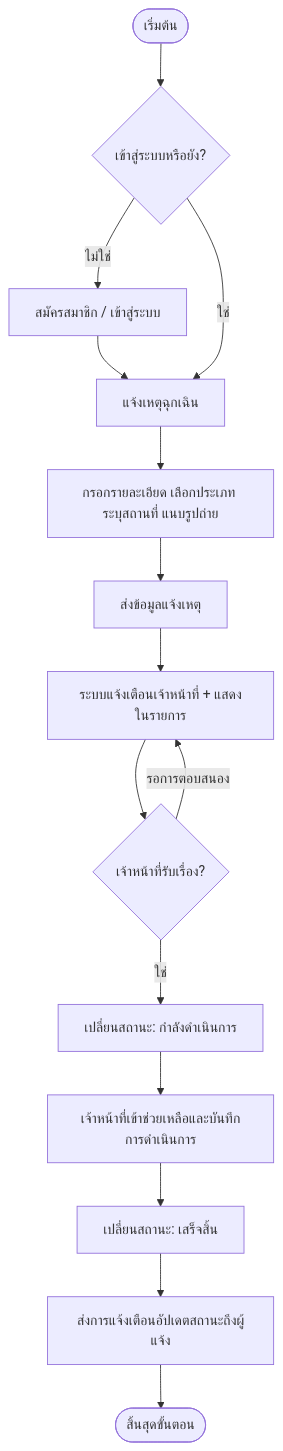
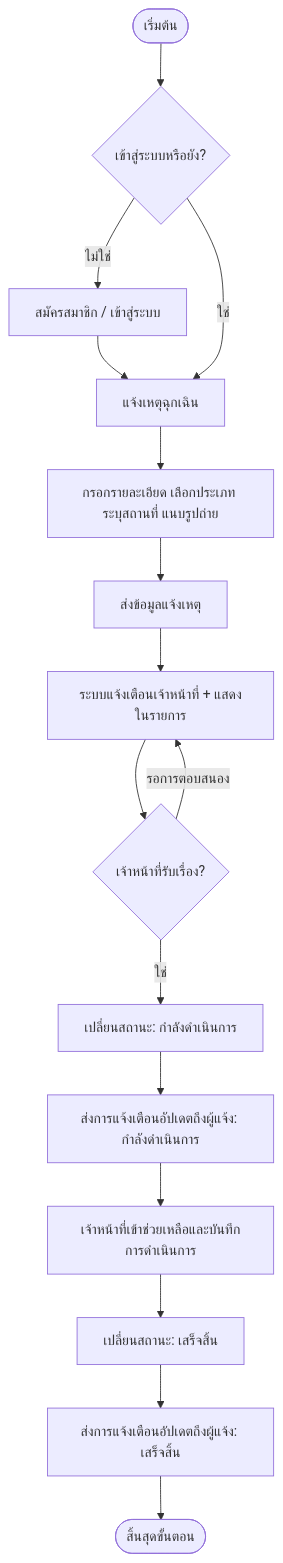
One commit to PATHAPHON/cis_help_me_please changed the first of 2 diagrams in design-docs/flowchart.md. Above: the diagram before and after it, drawn with Mermaid. The commit also changed other lines of this file and 12 other files, not shown here.

````diff
--- a/design-docs/flowchart.md
+++ b/design-docs/flowchart.md
@@ -5,21 +5,22 @@
 ```mermaid
 flowchart TD
     Start([เริ่มต้น]) --> AuthCheck{เข้าสู่ระบบหรือยัง?}
     AuthCheck -->|ไม่ใช่| Register[สมัครสมาชิก / เข้าสู่ระบบ]
     Register --> Report[แจ้งเหตุฉุกเฉิน]
     AuthCheck -->|ใช่| Report
     
     Report --> InputDetails[กรอกรายละเอียด เลือกประเภท ระบุสถานที่ แนบรูปถ่าย]
     InputDetails --> Submit[ส่งข้อมูลแจ้งเหตุ]
     
     Submit --> NotifyStaff[ระบบแจ้งเตือนเจ้าหน้าที่ + แสดงในรายการ]
     NotifyStaff --> StaffClaim{เจ้าหน้าที่รับเรื่อง?}
     
     StaffClaim -->|รอการตอบสนอง| NotifyStaff
     StaffClaim -->|ใช่| UpdateProcessing[เปลี่ยนสถานะ: กำลังดำเนินการ]
-    UpdateProcessing --> PerformRescue[เจ้าหน้าที่เข้าช่วยเหลือและบันทึกการดำเนินการ]
+    UpdateProcessing --> NotifyReporterProcessing[ส่งการแจ้งเตือนอัปเดตถึงผู้แจ้ง: กำลังดำเนินการ]
+    NotifyReporterProcessing --> PerformRescue[เจ้าหน้าที่เข้าช่วยเหลือและบันทึกการดำเนินการ]
     
     PerformRescue --> FinishRescue[เปลี่ยนสถานะ: เสร็จสิ้น]
-    FinishRescue --> NotifyReporter[ส่งการแจ้งเตือนอัปเดตสถานะถึงผู้แจ้ง]
-    NotifyReporter --> End([สิ้นสุดขั้นตอน])
+    FinishRescue --> NotifyReporterResolved[ส่งการแจ้งเตือนอัปเดตถึงผู้แจ้ง: เสร็จสิ้น]
+    NotifyReporterResolved --> End([สิ้นสุดขั้นตอน])
 ```
````
